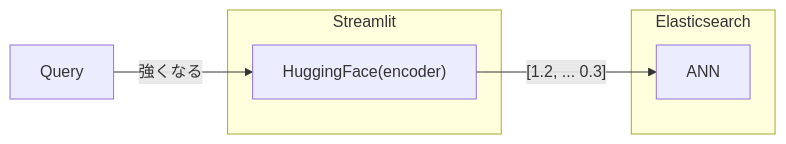
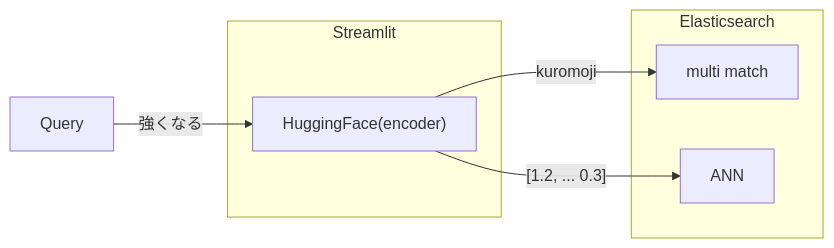
One commit to hurutoriya/doraemon-himitsu-dogu-search changed the second of 2 diagrams in README.md. Above: the diagram before and after it, drawn with Mermaid.

````diff
--- a/README.md
+++ b/README.md
@@ -33,11 +33,13 @@
 ```mermaid
 graph LR;
-Query-->|強くなる|id["HuggingFace(encoder)"]
+Query-->|強くなる|B["HuggingFace(encoder)"]
 subgraph Streamlit
-    id["HuggingFace(encoder)"]
+    B
 end
 subgraph Elasticsearch
+    A[multi match]
     ANN
 end
-id["HuggingFace(encoder)"]-->|"[1.2, ... 0.3]"|ANN
+B-->|"[1.2, ... 0.3]"|ANN
+B-->|"kuromoji"|A
 ```
````
